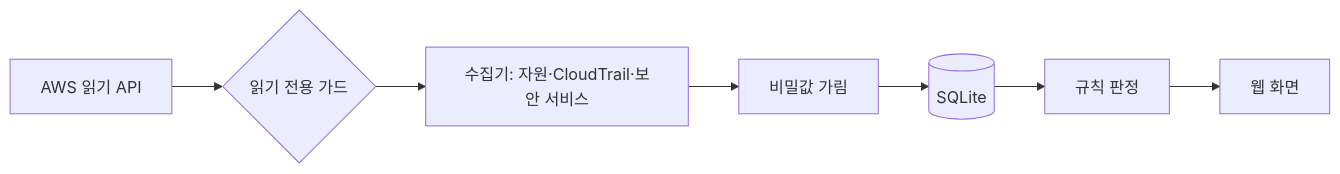
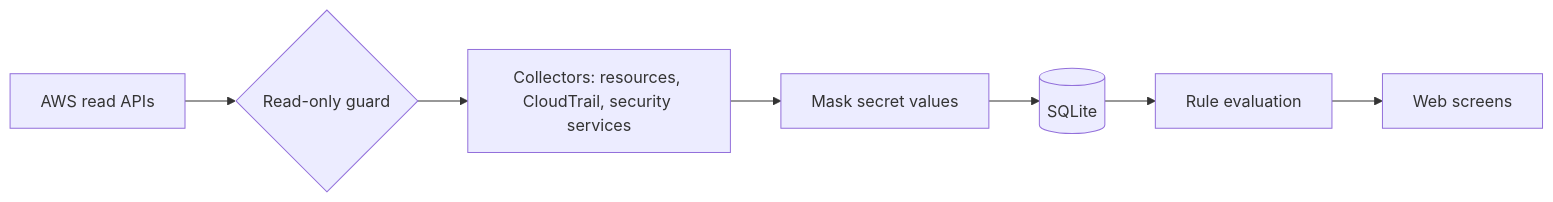
The diagram in README.md (LeeGyeongPil/awsglance), drawn with Mermaid before and after one commit. The commit also changed other lines of this file and 2 other files, not shown here.

````diff
--- a/README.md
+++ b/README.md
@@ -151,9 +149,9 @@
 ```mermaid
 flowchart LR
-  A[AWS 읽기 API] --> G{읽기 전용 가드}
-  G --> C[수집기: 자원·CloudTrail·보안 서비스]
-  C --> R[비밀값 가림]
-  R --> D[(SQLite)]
-  D --> F[규칙 판정]
-  F --> W[웹 화면]
+  A["AWS read APIs"] --> G{"Read-only guard"}
+  G --> C["Collectors: resources, CloudTrail, security services"]
+  C --> R["Mask secret values"]
+  R --> D[("SQLite")]
+  D --> F["Rule evaluation"]
+  F --> W["Web screens"]
 ```
````
